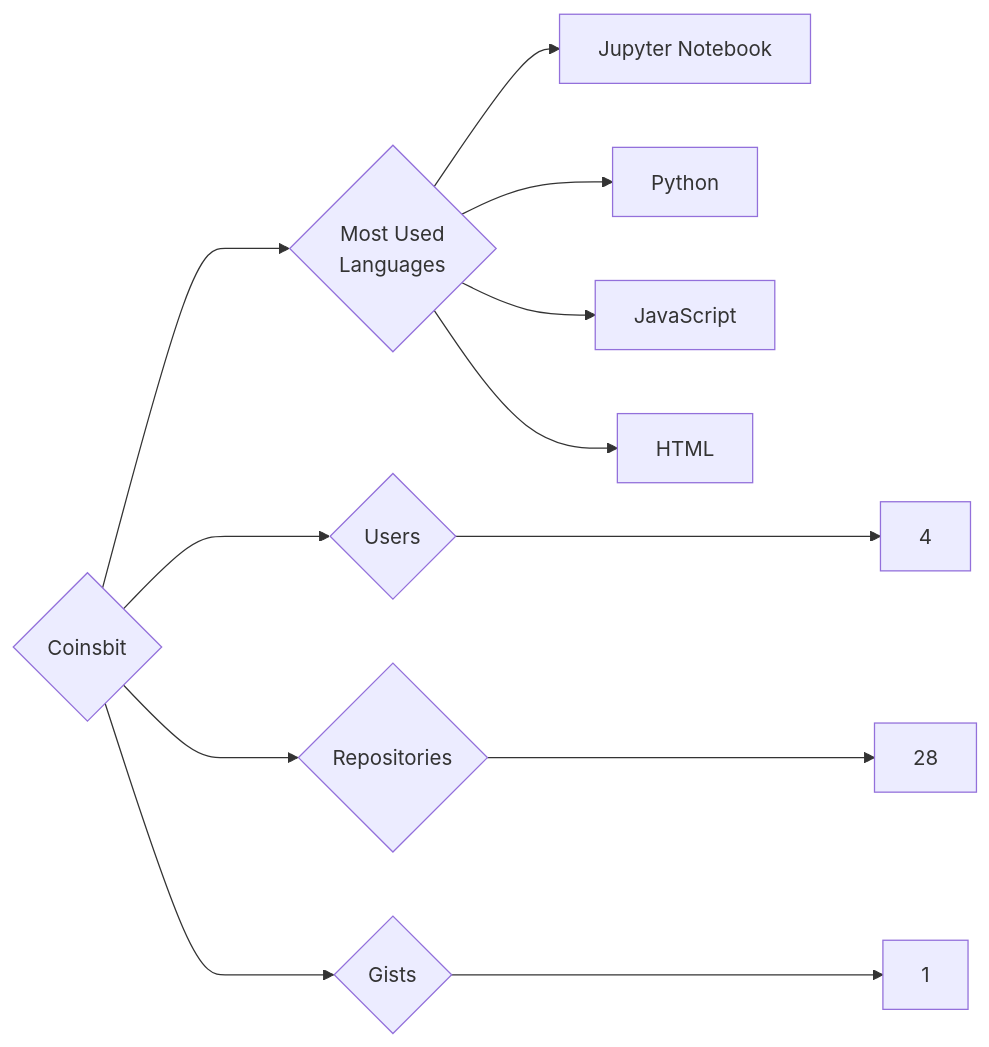
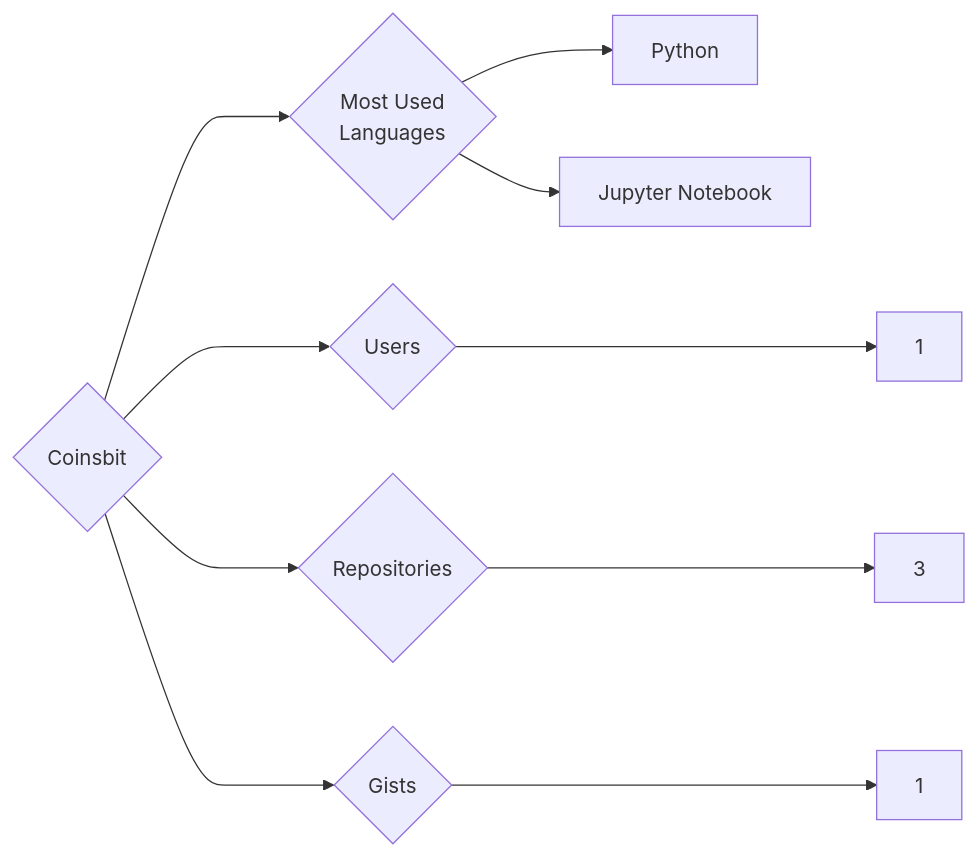
Before and after one commit to trickest/insiders: the diagram in targets/Coinsbit/README.md, drawn with Mermaid. The commit also changed 988 other files, not shown here.

````diff
--- a/targets/Coinsbit/README.md
+++ b/targets/Coinsbit/README.md
@@ -3,12 +3,10 @@
 ```mermaid
 graph LR
 COMPANY_NAME{Coinsbit}
-COMPANY_NAME ---> U{Users} ---> UN[4]
-COMPANY_NAME ---> R{Repositories} ---> RN[28]
+COMPANY_NAME ---> U{Users} ---> UN[1]
+COMPANY_NAME ---> R{Repositories} ---> RN[3]
 COMPANY_NAME ---> G{Gists} ---> GN[1]
 COMPANY_NAME ---> ML{Most Used<br>Languages}
+ML --> Python[Python]
 ML --> Jupyter_Notebook[Jupyter Notebook]
-ML --> Python[Python]
-ML --> JavaScript[JavaScript]
-ML --> HTML[HTML]
 ```
````
